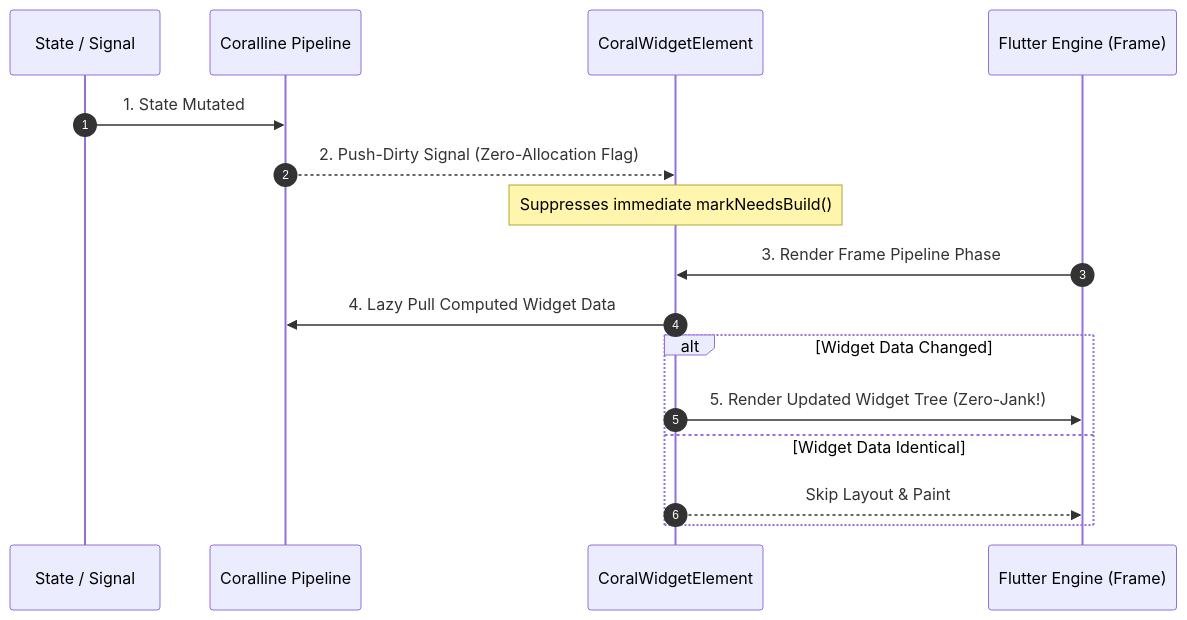
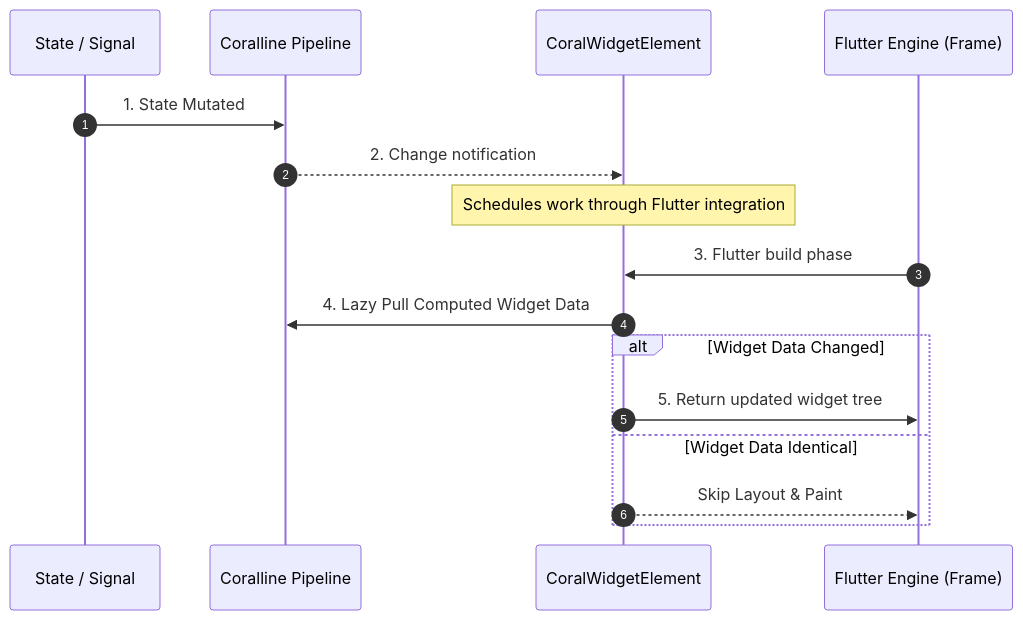
One commit to pioneerjkf/coralline changed the second of 2 diagrams in coralline_flutter/README.md. Above: the diagram before and after it, drawn with Mermaid. The commit also changed other lines of this file and 48 other files, not shown here.

````diff
--- a/coralline_flutter/README.md
+++ b/coralline_flutter/README.md
@@ -79,19 +79,18 @@
 ```mermaid
 sequenceDiagram
     autonumber
     participant State as State / Signal
     participant Pipeline as Coralline Pipeline
     participant Element as CoralWidgetElement
     participant Engine as Flutter Engine (Frame)
-
     State->>Pipeline: 1. State Mutated
-    Pipeline-->>Element: 2. Push-Dirty Signal (Zero-Allocation Flag)
-    Note over Element: Suppresses immediate markNeedsBuild()
-    Engine->>Element: 3. Render Frame Pipeline Phase
+    Pipeline-->>Element: 2. Change notification
+    Note over Element: Schedules work through Flutter integration
+    Engine->>Element: 3. Flutter build phase
     Element->>Pipeline: 4. Lazy Pull Computed Widget Data
     alt Widget Data Changed
-        Element->>Engine: 5. Render Updated Widget Tree (Zero-Jank!)
+        Element->>Engine: 5. Return updated widget tree
     else Widget Data Identical
         Element-->>Engine: Skip Layout & Paint
     end
 ```
````
